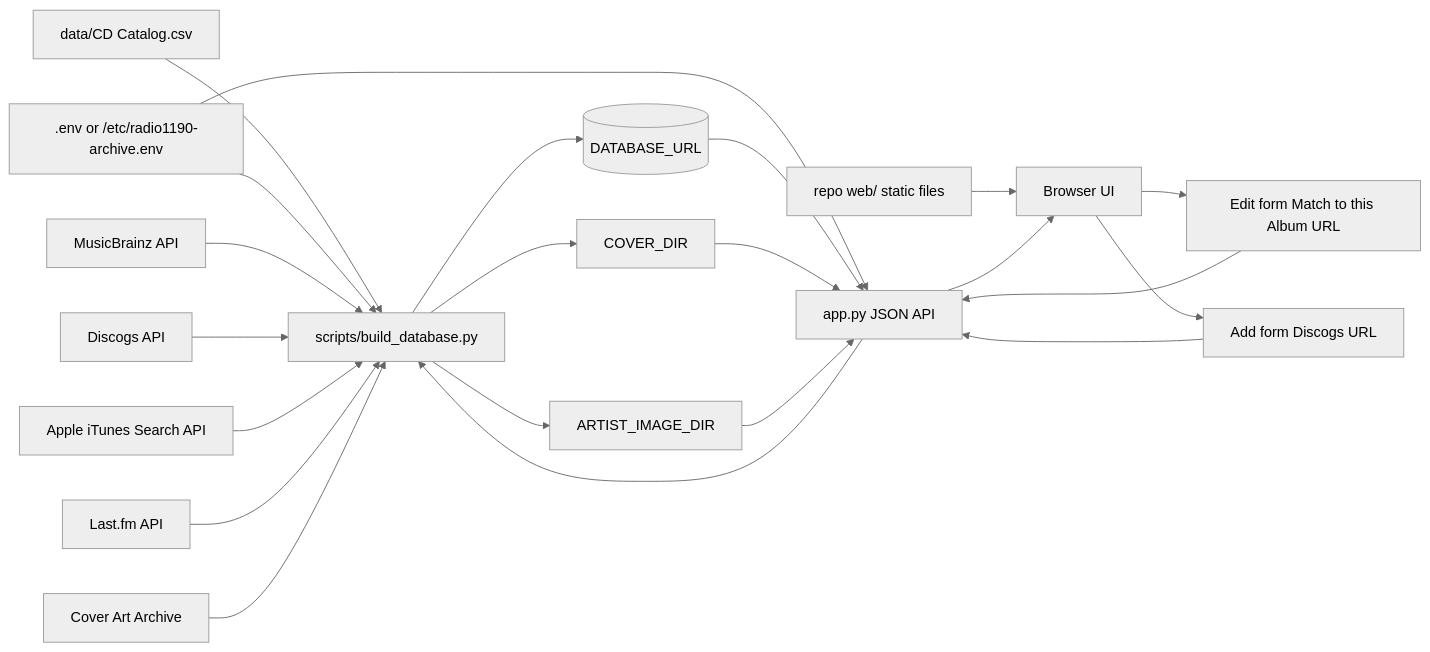
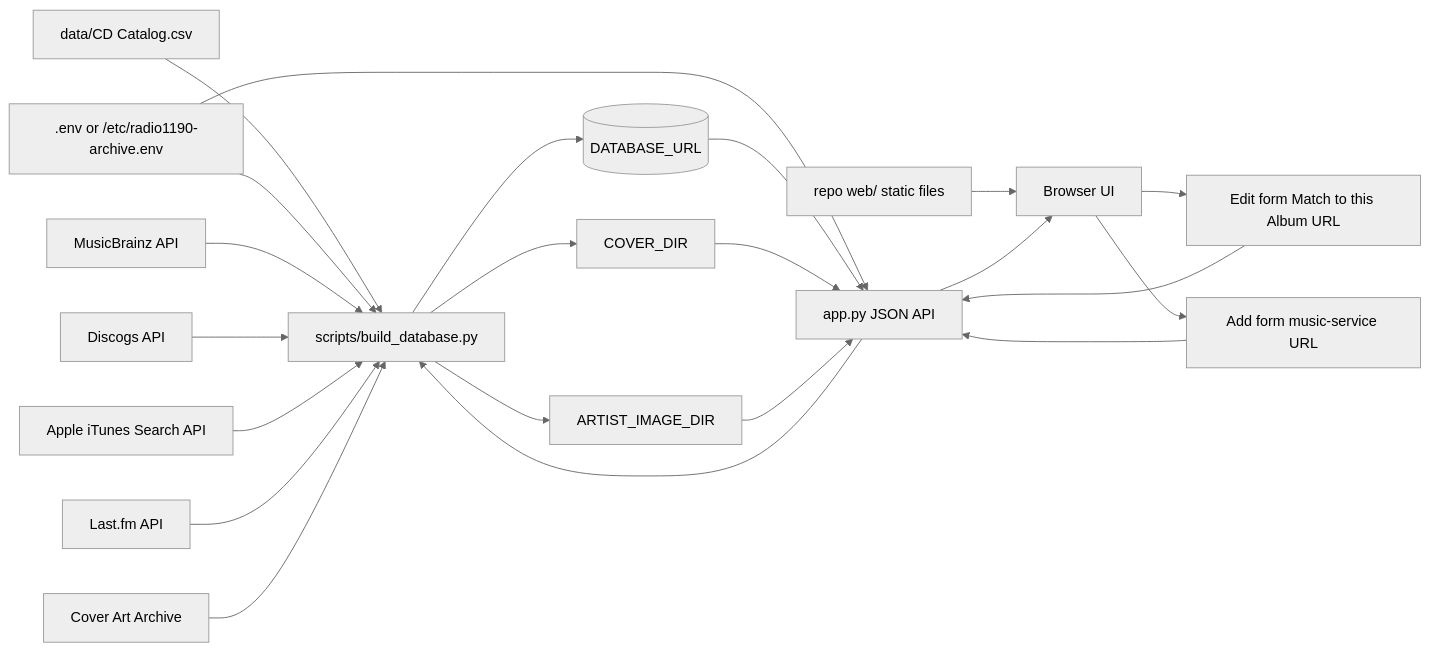
Before and after one commit to wirtes/cd-archive: the second of 2 diagrams in README.md, drawn with Mermaid (neutral theme). The commit also changed other lines of this file and 5 other files, not shown here.

````diff
--- a/README.md
+++ b/README.md
@@ -617,28 +617,28 @@
 ```mermaid
 flowchart LR
     CSV["data/CD Catalog.csv"] --> Builder["scripts/build_database.py"]
     Env[".env or /etc/radio1190-archive.env"] --> Builder
     Env --> App["app.py JSON API"]
 
     Builder --> DB[("DATABASE_URL")]
     Builder --> Covers["COVER_DIR"]
     Builder --> ArtistImages["ARTIST_IMAGE_DIR"]
 
     MusicBrainz["MusicBrainz API"] --> Builder
     Discogs["Discogs API"] --> Builder
     Apple["Apple iTunes Search API"] --> Builder
     LastFM["Last.fm API"] --> Builder
     CoverArchive["Cover Art Archive"] --> Builder
 
     DB --> App
     Covers --> App
     ArtistImages --> App
     Web["repo web/ static files"] --> Browser["Browser UI"]
     App --> Browser
 
     Browser --> ManualURL["Edit form Match to this Album URL"]
-    Browser --> AddDiscogs["Add form Discogs URL"]
+    Browser --> AddServiceURL["Add form music-service URL"]
     ManualURL --> App
-    AddDiscogs --> App
+    AddServiceURL --> App
     App --> Builder
 ```
````
